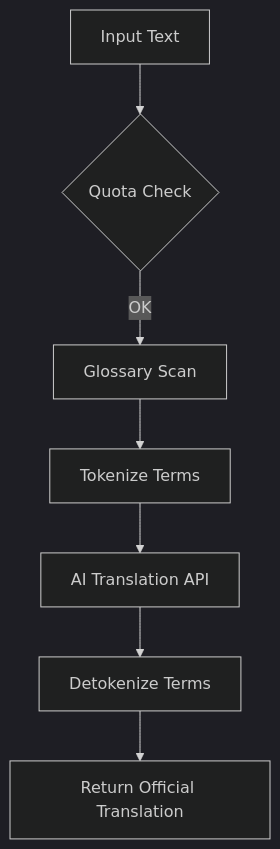
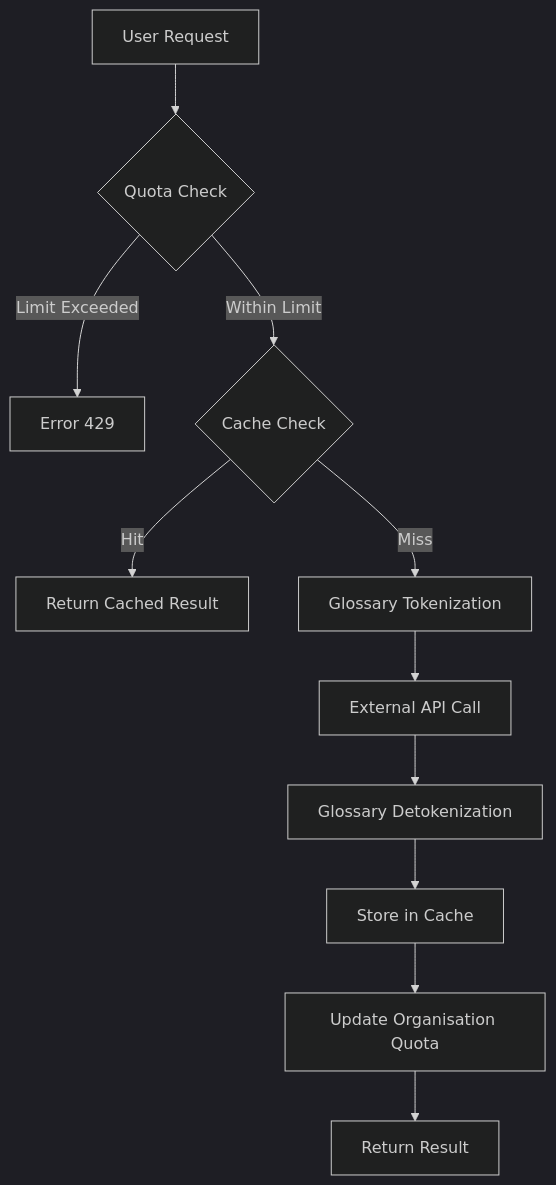
Before and after one commit to adarsh-arya-23/JanBhasha: the first of 2 diagrams in README.md, drawn with Mermaid (dark theme). The commit also changed other lines of this file, not shown here.

Commit message:
overhaul README with comprehensive feature, setup, workflow, and API documentation

````diff
--- a/README.md
+++ b/README.md
@@ -87,9 +88,13 @@
 ```mermaid
 graph TD
-    A[Input Text] --> B{Quota Check}
-    B -- OK --> C[Glossary Scan]
-    C --> D[Tokenize Terms]
-    D --> E[AI Translation API]
-    E --> F[Detokenize Terms]
-    F --> G[Return Official Translation]
+    A[User Request] --> B{Quota Check}
+    B -- Limit Exceeded --> C[Error 429]
+    B -- Within Limit --> D{Cache Check}
+    D -- Hit --> E[Return Cached Result]
+    D -- Miss --> F[Glossary Tokenization]
+    F --> G[External API Call]
+    G --> H[Glossary Detokenization]
+    H --> I[Store in Cache]
+    I --> J[Update Organisation Quota]
+    J --> K[Return Result]
 ```
````
